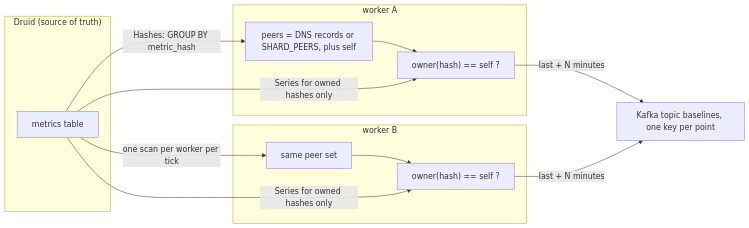
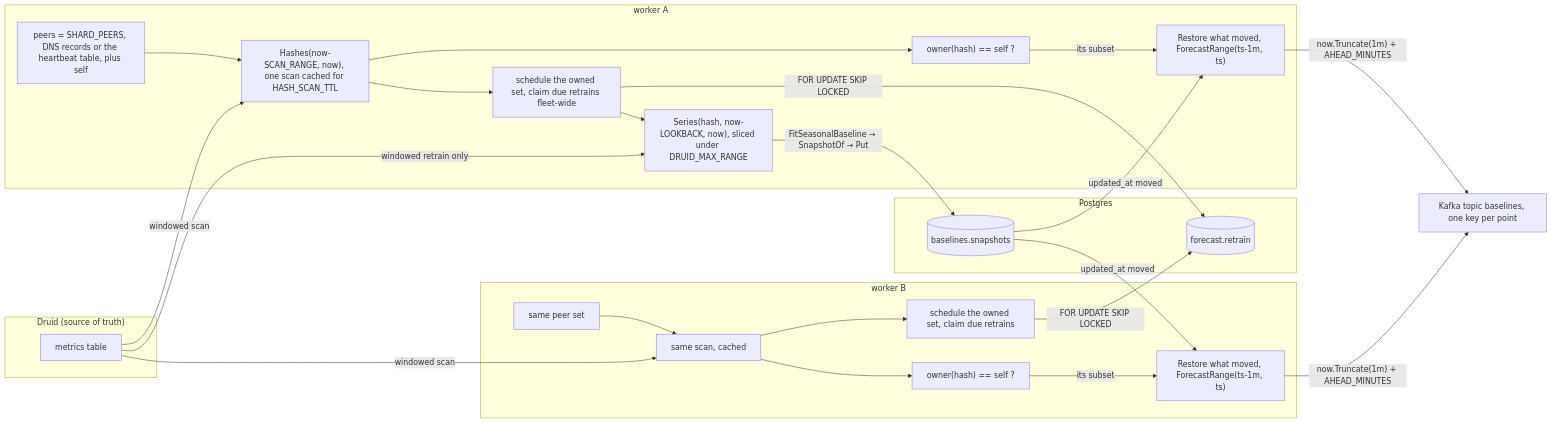
Before and after one commit to eduard-kolotushin/timeseries-baselines: the diagram in docs/POC.md, drawn with Mermaid. The commit also changed other lines of this file and 12 other files, not shown here.

First line of the commit message:
Publish the tick's own minute, prune moved fits, and guard the claim owner.

````diff
--- a/docs/POC.md
+++ b/docs/POC.md
@@ -35,18 +37,33 @@
 ```mermaid
 flowchart LR
   subgraph druid["Druid (source of truth)"]
     H["metrics table"]
   end
+  subgraph pg["Postgres"]
+    S[("baselines.snapshots")]
+    R[("forecast.retrain")]
+  end
   subgraph w1["worker A"]
-    A1["peers = DNS records or SHARD_PEERS, plus self"] --> A2["owner(hash) == self ?"]
+    A1["peers = SHARD_PEERS, DNS records or the heartbeat table, plus self"] --> A2["Hashes(now-SCAN_RANGE, now), one scan cached for HASH_SCAN_TTL"]
+    A2 --> A3["owner(hash) == self ?"]
+    A3 -->|"its subset"| A4["Restore what moved, ForecastRange(ts-1m, ts)"]
+    A2 --> A5["schedule the owned set, claim due retrains fleet-wide"]
+    A5 --> A6["Series(hash, now-LOOKBACK, now), sliced under DRUID_MAX_RANGE"]
   end
   subgraph w2["worker B"]
-    B1["same peer set"] --> B2["owner(hash) == self ?"]
+    B1["same peer set"] --> B2["same scan, cached"]
+    B2 --> B3["owner(hash) == self ?"]
+    B3 -->|"its subset"| B4["Restore what moved, ForecastRange(ts-1m, ts)"]
+    B2 --> B5["schedule the owned set, claim due retrains"]
   end
-  H -->|"Hashes: GROUP BY metric_hash"| A1
-  H -->|"Series for owned hashes only"| A2
-  H -->|"one scan per worker per tick"| B1
-  H -->|"Series for owned hashes only"| B2
-  A2 -->|"last + N minutes"| K["Kafka topic baselines, one key per point"]
-  B2 -->|"last + N minutes"| K
+  H -->|"windowed scan"| A2
+  H -->|"windowed retrain only"| A6
+  H -->|"windowed scan"| B2
+  A5 -->|"FOR UPDATE SKIP LOCKED"| R
+  B5 -->|"FOR UPDATE SKIP LOCKED"| R
+  A6 -->|"FitSeasonalBaseline → SnapshotOf → Put"| S
+  S -->|"updated_at moved"| A4
+  S -->|"updated_at moved"| B4
+  A4 -->|"now.Truncate(1m) + AHEAD_MINUTES"| K["Kafka topic baselines, one key per point"]
+  B4 -->|"now.Truncate(1m) + AHEAD_MINUTES"| K
 ```
````
